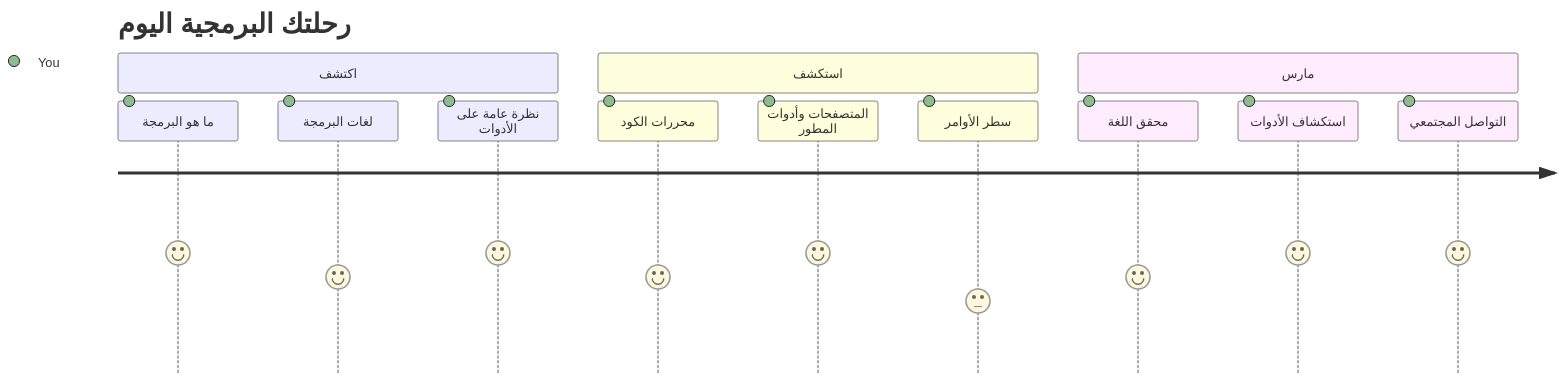
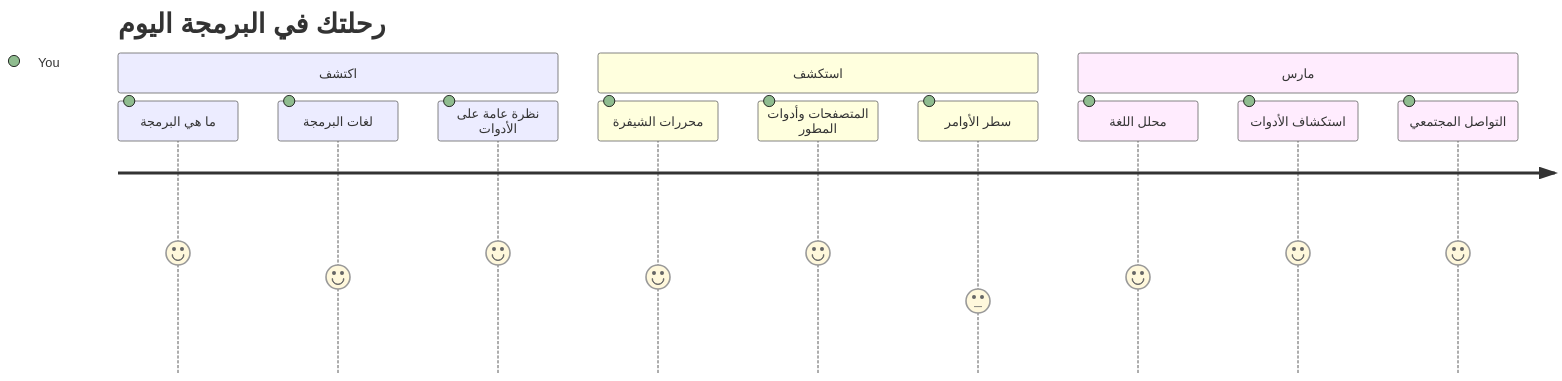
Before and after one commit to microsoft/Web-Dev-For-Beginners: the first of 7 diagrams in translations/ar/1-getting-started-lessons/1-intro-to-programming-languages/README.md, drawn with Mermaid. The commit also changed other lines of this file and 8 other files, not shown here.

````diff
--- a/translations/ar/1-getting-started-lessons/1-intro-to-programming-languages/README.md
+++ b/translations/ar/1-getting-started-lessons/1-intro-to-programming-languages/README.md
@@ -14,16 +14,16 @@
 ```mermaid
 journey
-    title رحلتك البرمجية اليوم
+    title رحلتك في البرمجة اليوم
     section اكتشف
-      ما هو البرمجة: 5: You
+      ما هي البرمجة: 5: You
       لغات البرمجة: 4: You
       نظرة عامة على الأدوات: 5: You
     section استكشف
-      محررات الكود: 4: You
+      محررات الشيفرة: 4: You
       المتصفحات وأدوات المطور: 5: You
       سطر الأوامر: 3: You
     section مارس
-      محقق اللغة: 4: You
+      محلل اللغة: 4: You
       استكشاف الأدوات: 5: You
       التواصل المجتمعي: 5: You
 ```
````
